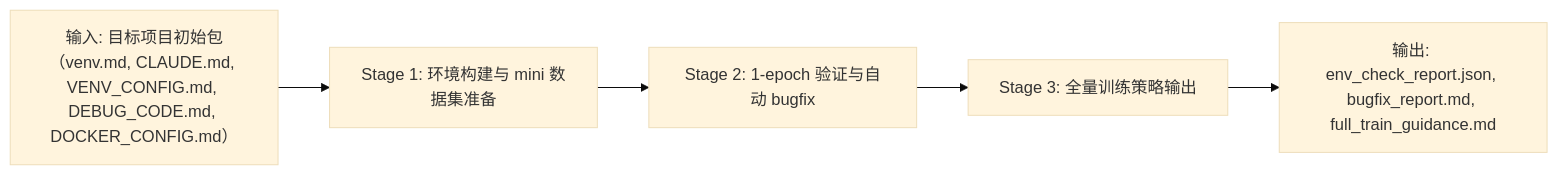
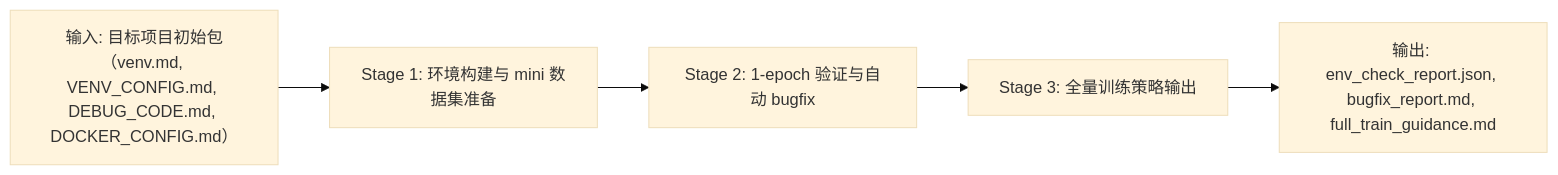
Before and after one commit to ouyangshixiong/context-engineering-zh: the sixth of 15 diagrams in README.md, drawn with Mermaid (base theme). The commit also changed other lines of this file and 13 other files, not shown here.

````diff
--- a/README.md
+++ b/README.md
@@ -387,10 +469,10 @@
 ```mermaid
 flowchart LR
     S2[Stage 1: 环境构建与 mini 数据集准备]
     S3[Stage 2: 1-epoch 验证与自动 bugfix]
     S4[Stage 3: 全量训练策略输出]
-    IN[输入: 目标项目初始包（venv.md, CLAUDE.md, VENV_CONFIG.md, DEBUG_CODE.md, DOCKER_CONFIG.md）]
+    IN[输入: 目标项目初始包（venv.md, VENV_CONFIG.md, DEBUG_CODE.md, DOCKER_CONFIG.md）]
     OUT[输出: env_check_report.json, bugfix_report.md, full_train_guidance.md]
 
     IN --> S2 --> S3 --> S4 --> OUT
 ```
````
